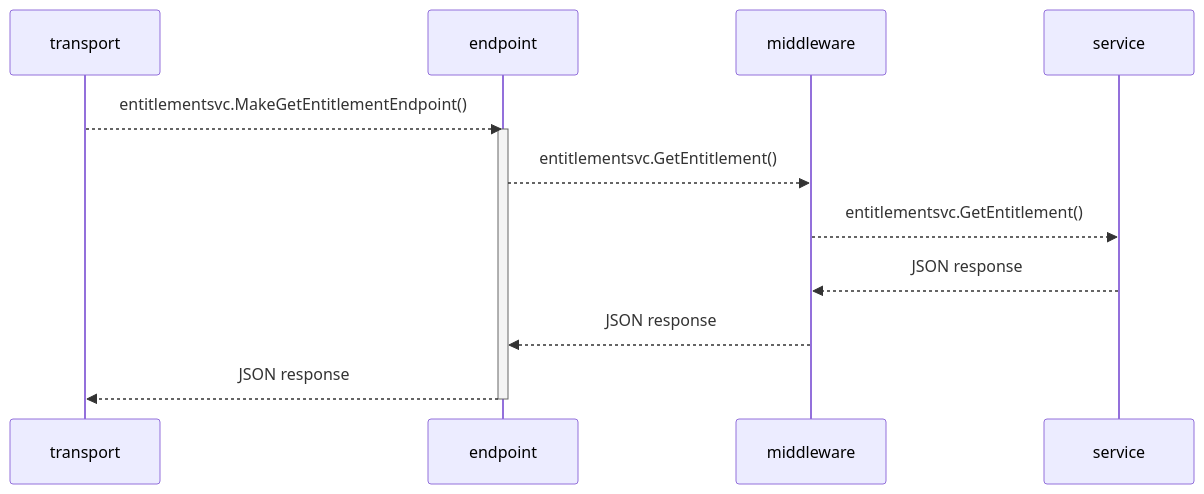
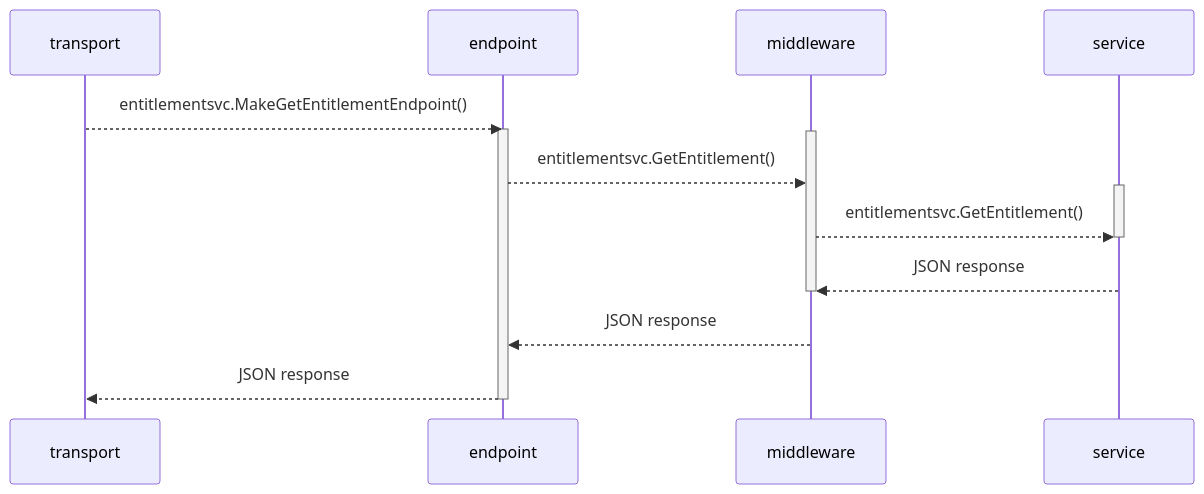
One commit to ankurkumarz/golang-gokit-service-blueprint changed the diagram in README.md. Above: the diagram before and after it, drawn with Mermaid.

````diff
--- a/README.md
+++ b/README.md
@@ -24,12 +24,19 @@
 ```mermaid
 sequenceDiagram
     transport-->>endpoint: entitlementsvc.MakeGetEntitlementEndpoint()
     activate endpoint
+
+    activate middleware
     endpoint-->>middleware: entitlementsvc.GetEntitlement()
+
+    activate service
     middleware-->>service: entitlementsvc.GetEntitlement()
+    deactivate service
 
     service-->>middleware: JSON response
+    deactivate middleware
+
     middleware-->>endpoint: JSON response
     endpoint-->>transport: JSON response
     deactivate endpoint
 ```
````
